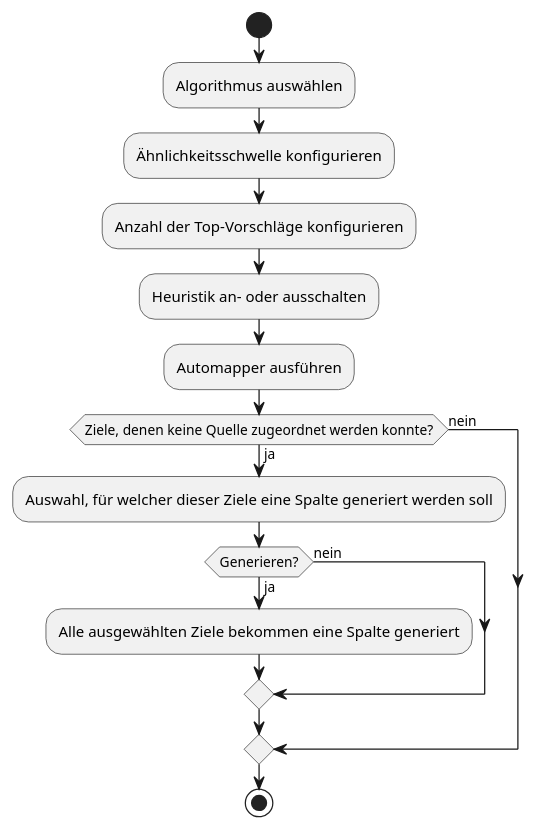
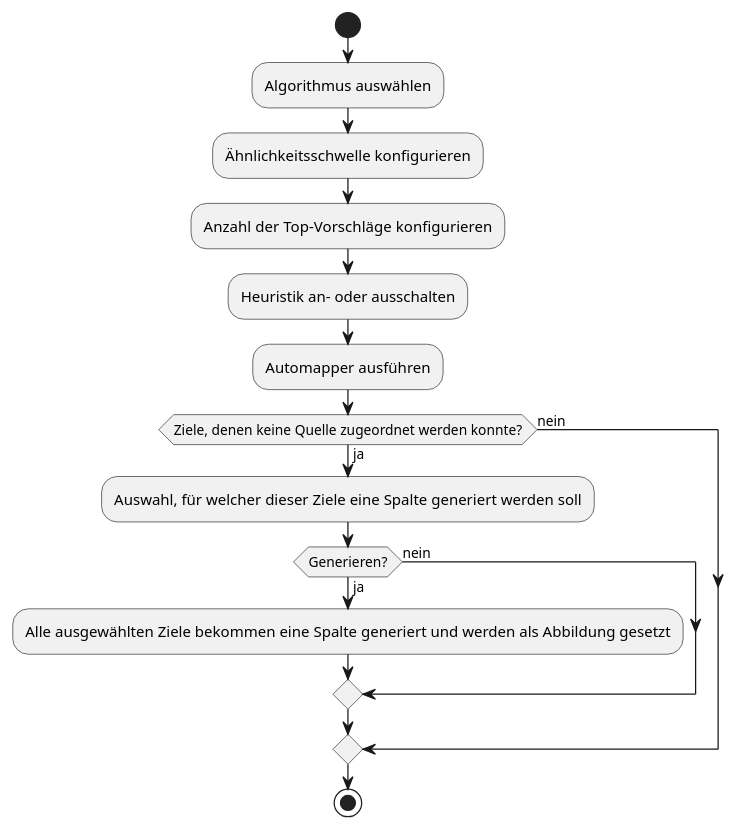
The diagram in data-integration-documentation/src/main/images/design/abbildung/automapper.puml (TuncerCatalkaya/data-integration), drawn with PlantUML before and after one commit. The commit also changed 1 other file, not shown here.

Commit message:
diagrams

```diff
--- a/data-integration-documentation/src/main/images/design/abbildung/automapper.puml
+++ b/data-integration-documentation/src/main/images/design/abbildung/automapper.puml
@@ -1,24 +1,24 @@
 @startuml
 start
 
 :Algorithmus auswählen;
 
 :Ähnlichkeitsschwelle konfigurieren;
 
 :Anzahl der Top-Vorschläge konfigurieren;
 
 :Heuristik an- oder ausschalten;
 
 :Automapper ausführen;
 
 if (Ziele, denen keine Quelle zugeordnet werden konnte?) is (ja) then
     :Auswahl, für welcher dieser Ziele eine Spalte generiert werden soll;
     if (Generieren?) is (ja) then
-        :Alle ausgewählten Ziele bekommen eine Spalte generiert;
+        :Alle ausgewählten Ziele bekommen eine Spalte generiert und werden als Abbildung gesetzt;
     else (nein)
     endif
 else (nein)
 endif
 
 stop
 @enduml
```
